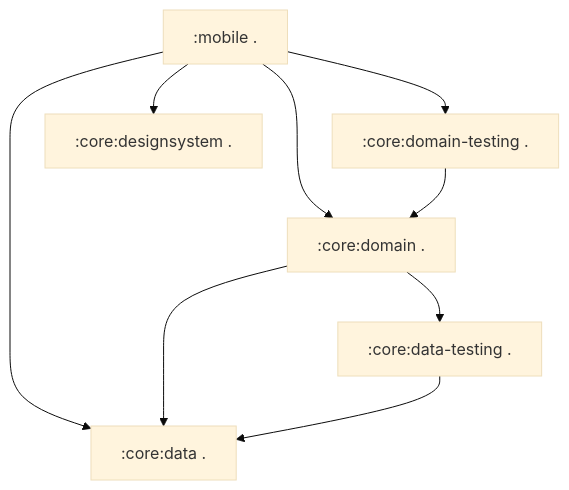
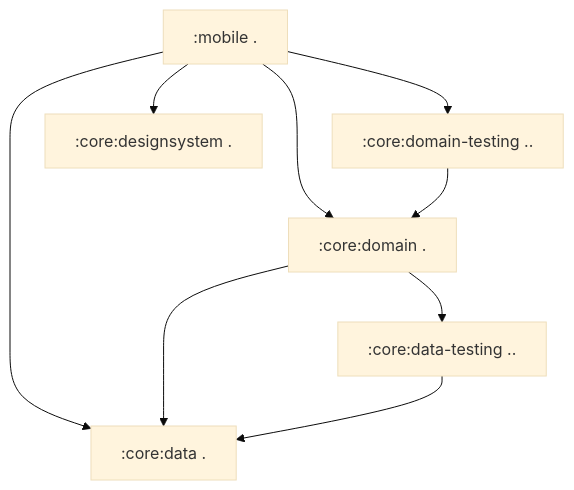
One commit to JetBrains/kotlin-multiplatform-dev-docs changed the first of 2 diagrams in topics/migrate-from-android.md. Above: the diagram before and after it, drawn with Mermaid (base theme).

Commit message:
fix: testing mermaid

````diff
--- a/topics/migrate-from-android.md
+++ b/topics/migrate-from-android.md
@@ -227,34 +227,34 @@
 ```mermaid
 flowchart TB
   %% Style for modules
   %% classDef Module fill:#e6f7ff,stroke:#0086c9,stroke-width:1px,color:#003a52
 
   %% Modules
   M_MOBILE[":mobile ."]
   M_CORE_DATA[":core:data ."]
-  M_CORE_DATA_TESTING[":core:data-testing ."]
+  M_CORE_DATA_TESTING[":core:data-testing .."]
   M_CORE_DOMAIN[":core:domain ."]
-  M_CORE_DOMAIN_TESTING[":core:domain-testing ."]
+  M_CORE_DOMAIN_TESTING[":core:domain-testing .."]
   M_CORE_DESIGNSYSTEM[":core:designsystem ."]
 
   class M_MOBILE,M_CORE_DATA,M_CORE_DATA_TESTING,M_CORE_DOMAIN,M_CORE_DOMAIN_TESTING,M_CORE_DESIGNSYSTEM Module
 
   %% Internal dependencies between modules
   %% :mobile
   M_MOBILE --> M_CORE_DATA
   M_MOBILE --> M_CORE_DESIGNSYSTEM
   M_MOBILE --> M_CORE_DOMAIN
   M_MOBILE --> M_CORE_DOMAIN_TESTING
 
   %% :core:domain
   M_CORE_DOMAIN --> M_CORE_DATA
   M_CORE_DOMAIN --> M_CORE_DATA_TESTING
 
   %% :core:data-testing
   M_CORE_DATA_TESTING --> M_CORE_DATA
 
   %% :core:domain-testing
   M_CORE_DOMAIN_TESTING --> M_CORE_DOMAIN
 
   %% :core:designsystem and :core:data have no intra-project dependencies
 ```
````
